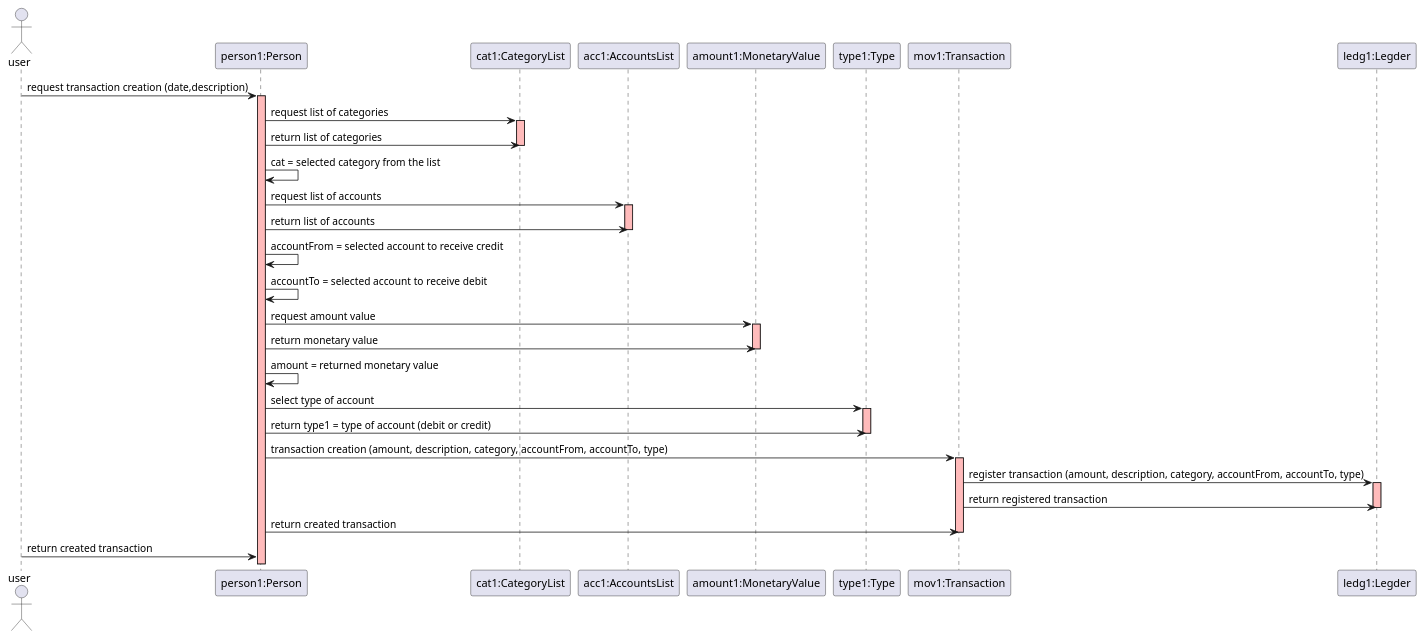
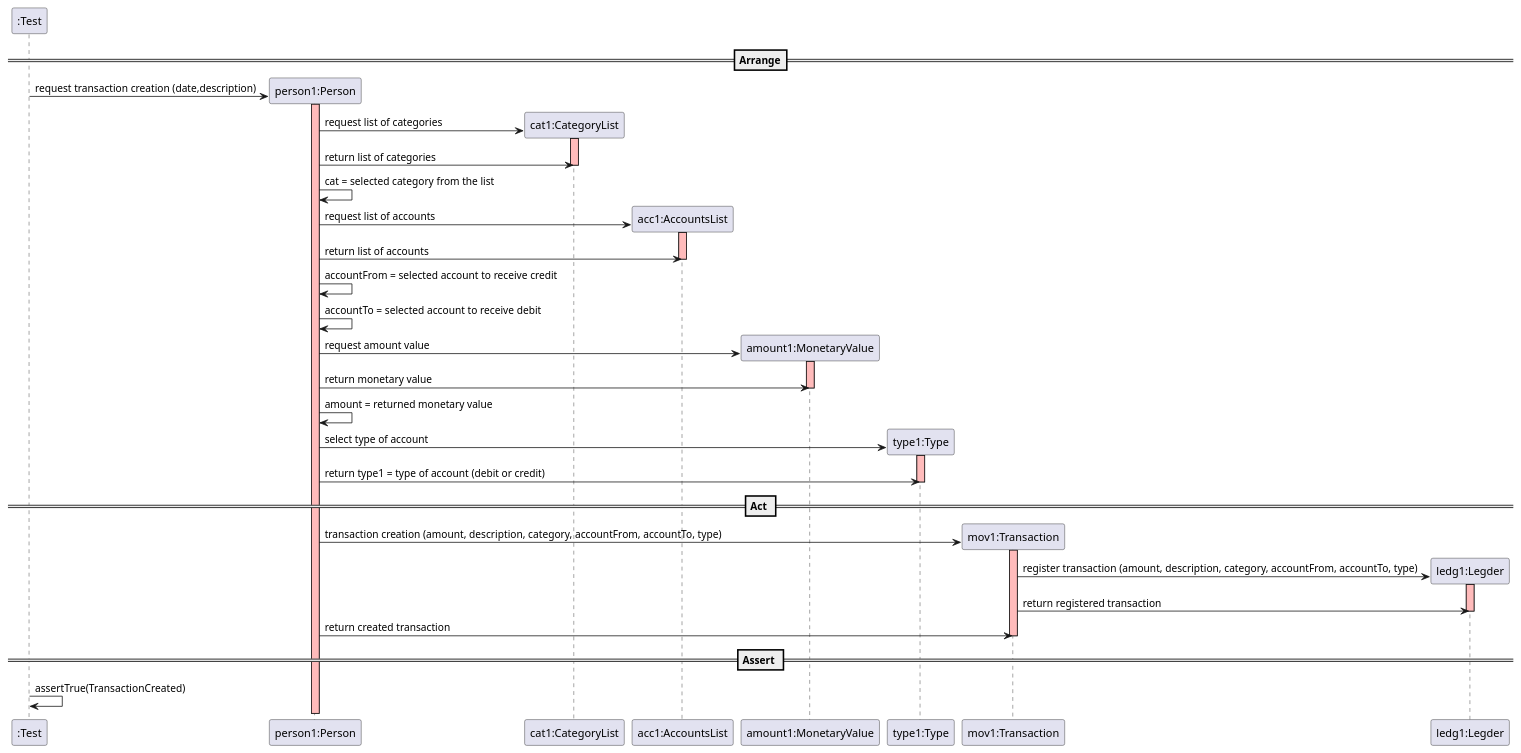
One commit to mleitaoribeiro/DevOpsMaven changed the diagram in docs/SequenceDiagram - UserStory8.puml. Above: the diagram before and after it, drawn with PlantUML.

```diff
--- a/docs/SequenceDiagram - UserStory8.puml
+++ b/docs/SequenceDiagram - UserStory8.puml
@@ -1,70 +1,71 @@
 @startuml
-actor user
+create ":Test"
 
-'-----interaction User-Person:-------'
-user -> "person1:Person" : request transaction creation (date,description)
+==Arrange==
+
+create "person1:Person"
+":Test" -> "person1:Person" : request transaction creation (date,description)
 activate "person1:Person" #FFBBBB
 
-'-----interaction Person-CategoryList:-------'
+create "cat1:CategoryList"
 "person1:Person" -> "cat1:CategoryList" : request list of categories
 activate "cat1:CategoryList"  #FFBBBB
 
 "cat1:CategoryList" <- "person1:Person" : return list of categories
 deactivate "cat1:CategoryList"  #FFBBBB
 
 "person1:Person" -> "person1:Person" : cat = selected category from the list
 
-'-----interaction Person-AccountsList:-------'
 
+create "acc1:AccountsList"
 "person1:Person" -> "acc1:AccountsList" : request list of accounts
 activate "acc1:AccountsList"  #FFBBBB
 
 "acc1:AccountsList" <- "person1:Person" : return list of accounts
 deactivate "acc1:AccountsList"  #FFBBBB
 
 "person1:Person" -> "person1:Person" : accountFrom = selected account to receive credit
 
 "person1:Person" -> "person1:Person" : accountTo = selected account to receive debit
 
-'-----interaction Person-MonetaryValue:-------'
 
+create "amount1:MonetaryValue"
 "person1:Person" -> "amount1:MonetaryValue" : request amount value
 activate "amount1:MonetaryValue"  #FFBBBB
 
 "amount1:MonetaryValue" <- "person1:Person" : return monetary value
 deactivate "amount1:MonetaryValue"  #FFBBBB
 
 "person1:Person" -> "person1:Person" : amount = returned monetary value
 
-'-----interaction Person-Type (credit or debit account)-------'
 
+create "type1:Type"
 "person1:Person" -> "type1:Type" : select type of account
 activate "type1:Type"  #FFBBBB
 
 "type1:Type" <- "person1:Person" : return type1 = type of account (debit or credit)
 deactivate "type1:Type"  #FFBBBB
 
-'-----interaction Person-Transaction-------'
+== Act ==
 
+create "mov1:Transaction"
 "person1:Person" -> "mov1:Transaction" : transaction creation (amount, description, category, accountFrom, accountTo, type)
 activate "mov1:Transaction"  #FFBBBB
 
-'-----interaction Transaction-Ledger-------'
 
+create "ledg1:Legder"
 "mov1:Transaction" -> "ledg1:Legder" : register transaction (amount, description, category, accountFrom, accountTo, type)
 activate "ledg1:Legder"  #FFBBBB
 
 "ledg1:Legder" <- "mov1:Transaction" : return registered transaction
 deactivate "ledg1:Legder"  #FFBBBB
 
-'-----interaction Transaction-Person-------'
 
 "mov1:Transaction" <- "person1:Person" : return created transaction
 deactivate "mov1:Transaction"  #FFBBBB
 
-'-----interaction Person-User-------'
+== Assert ==
 
-"person1:Person" <- user : return created transaction
-deactivate "mov1:Transaction"  #FFBBBB
+":Test" -> ":Test" : assertTrue(TransactionCreated)
 
 @enduml
```
